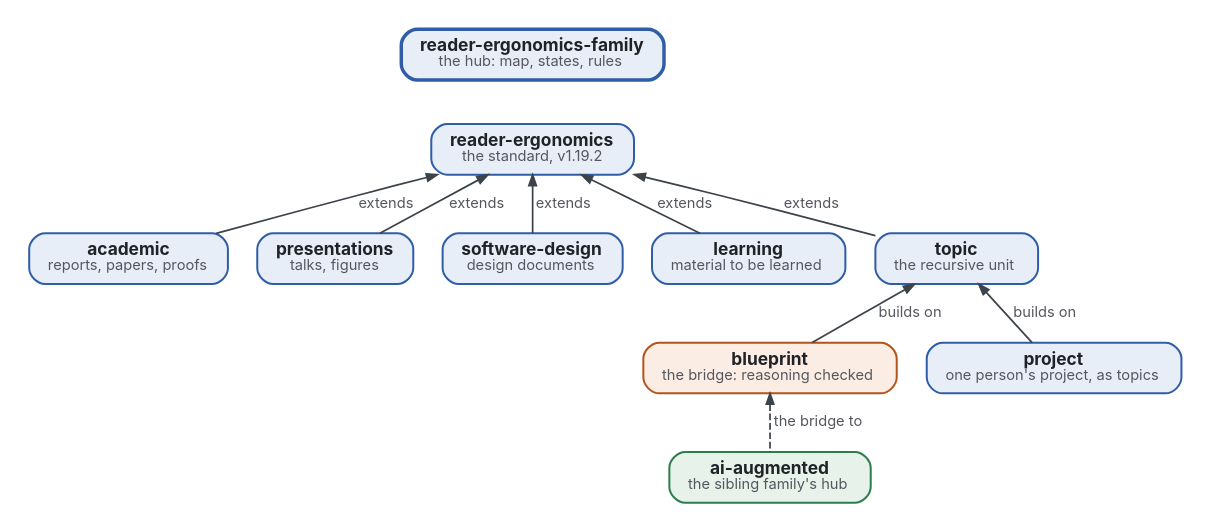
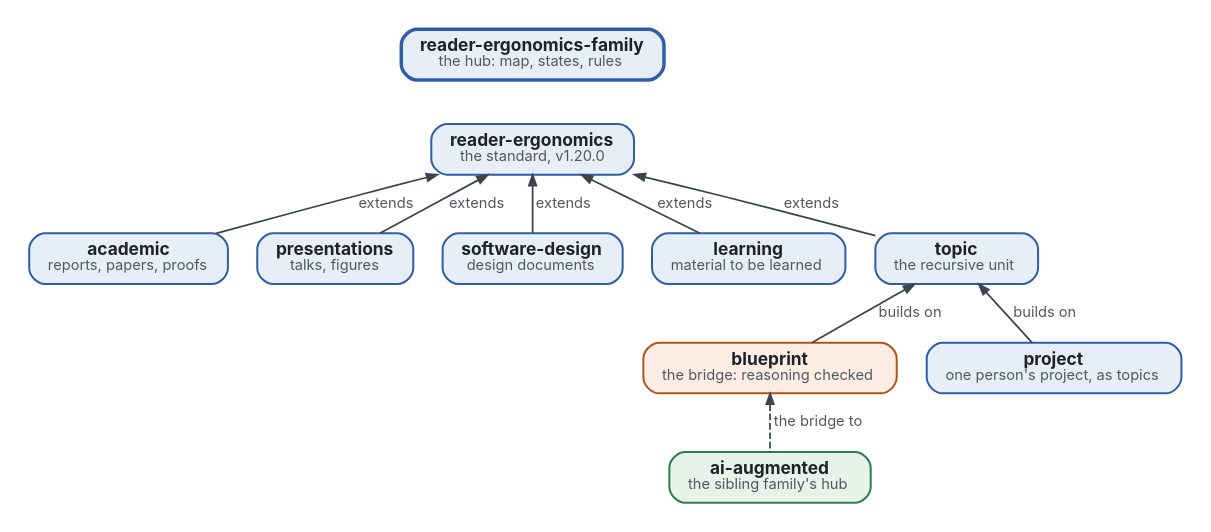
One commit to Tewf/reader-ergonomics-family changed the diagram in map.dot. Above: the diagram before and after it, drawn with Graphviz. The commit also changed 16 other files, not shown here.

First line of the commit message:
Pin reader-ergonomics v1.20.0

```diff
--- a/map.dot
+++ b/map.dot
@@ -1,28 +1,28 @@
 // The map of the reader-ergonomics family. Colours: the family blue, the sibling family green, the bridge orange,
 // each kind named in its box; this page, the hub, has the thick border and nothing points to it.
 digraph map {
   graph [rankdir=TB, nodesep=0.3, ranksep=0.45, bgcolor="white", pad=0.2, fontname="Inter", newrank=true];
   node  [shape=box, style="rounded,filled", fontname="Inter", fontsize=13, margin="0.2,0.1", penwidth=1.5, fontcolor="#1F2328"];
   edge  [fontname="Inter", fontsize=11, color="#3D434B", fontcolor="#55575F", penwidth=1.3, arrowsize=0.8];
   HUB [label=<<b>reader-ergonomics-family</b><br/><font point-size="11" color="#55575F">the hub: map, states, rules</font>>, fillcolor="#E8EEF8", color="#2F5DA8", penwidth=2.6];
-  RE [label=<<b>reader-ergonomics</b><br/><font point-size="11" color="#55575F">the standard, v1.19.2</font>>, fillcolor="#E8EEF8", color="#2F5DA8"];
+  RE [label=<<b>reader-ergonomics</b><br/><font point-size="11" color="#55575F">the standard, v1.20.0</font>>, fillcolor="#E8EEF8", color="#2F5DA8"];
   AC [label=<<b>academic</b><br/><font point-size="11" color="#55575F">reports, papers, proofs</font>>, fillcolor="#E8EEF8", color="#2F5DA8"];
   PR [label=<<b>presentations</b><br/><font point-size="11" color="#55575F">talks, figures</font>>, fillcolor="#E8EEF8", color="#2F5DA8"];
   SD [label=<<b>software-design</b><br/><font point-size="11" color="#55575F">design documents</font>>, fillcolor="#E8EEF8", color="#2F5DA8"];
   LE [label=<<b>learning</b><br/><font point-size="11" color="#55575F">material to be learned</font>>, fillcolor="#E8EEF8", color="#2F5DA8"];
   T  [label=<<b>topic</b><br/><font point-size="11" color="#55575F">the recursive unit</font>>, fillcolor="#E8EEF8", color="#2F5DA8"];
   BP [label=<<b>blueprint</b><br/><font point-size="11" color="#55575F">the bridge: reasoning checked</font>>, fillcolor="#FBEDE4", color="#B4541A"];
   P  [label=<<b>project</b><br/><font point-size="11" color="#55575F">one person's project, as topics</font>>, fillcolor="#E8EEF8", color="#2F5DA8"];
   AI [label=<<b>ai-augmented</b><br/><font point-size="11" color="#55575F">the sibling family's hub</font>>, fillcolor="#E6F2EA", color="#2E7D4F"];
   HUB -> RE [style=invis];
   RE -> AC [dir=back, label=" extends"];
   RE -> PR [dir=back, label=" extends"];
   RE -> SD [dir=back, label=" extends"];
   RE -> LE [dir=back, label=" extends"];
   RE -> T [dir=back, label=" extends"];
   T -> BP [dir=back, label=" builds on"];
   T -> P [dir=back, label=" builds on"];
   BP -> AI [dir=back, style=dashed, label=" the bridge to"];
   {rank=same; AC; PR; SD; LE; T}
   {rank=same; BP; P}
 }
```
